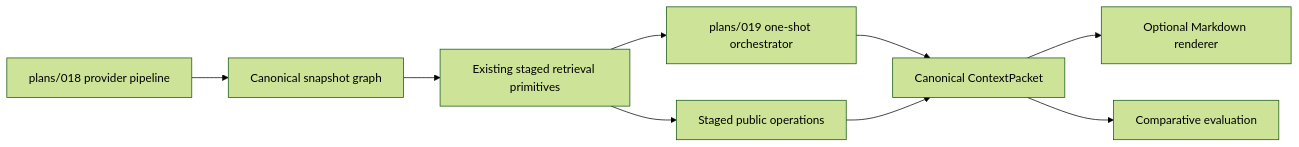
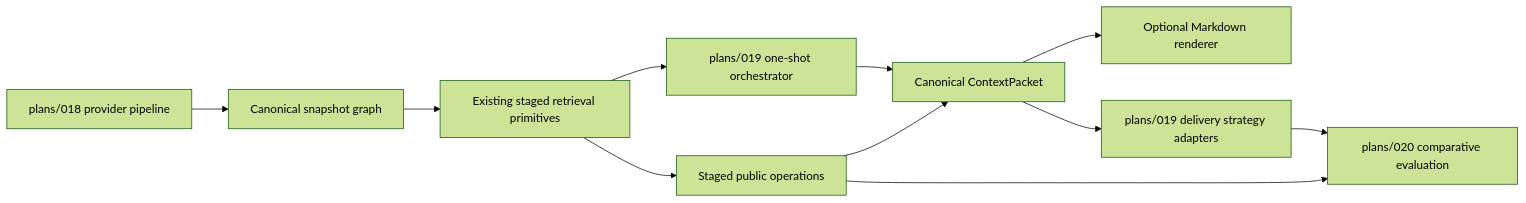
The third of 3 diagrams in plans/018_semantic_provider_authority_migration_plan.md (EvgeniyA777/semidx), drawn with Mermaid (forest theme) before and after one commit. The commit also changed other lines of this file and 7 other files, not shown here.

Commit message:
docs: reconcile active architecture plans

````diff
--- a/plans/018_semantic_provider_authority_migration_plan.md
+++ b/plans/018_semantic_provider_authority_migration_plan.md
@@ -373,11 +425,13 @@
 ```mermaid
 flowchart LR
   providers["plans/018 provider pipeline"] --> canonicalGraph["Canonical snapshot graph"]
   canonicalGraph --> retrieval["Existing staged retrieval primitives"]
   retrieval --> oneShot["plans/019 one-shot orchestrator"]
   retrieval --> staged["Staged public operations"]
   oneShot --> packet["Canonical ContextPacket"]
   staged --> packet
   packet --> renderer["Optional Markdown renderer"]
-  packet --> evaluation["Comparative evaluation"]
+  packet --> adapters["plans/019 delivery strategy adapters"]
+  adapters --> evaluation["plans/020 comparative evaluation"]
+  staged --> evaluation
 ```
````
